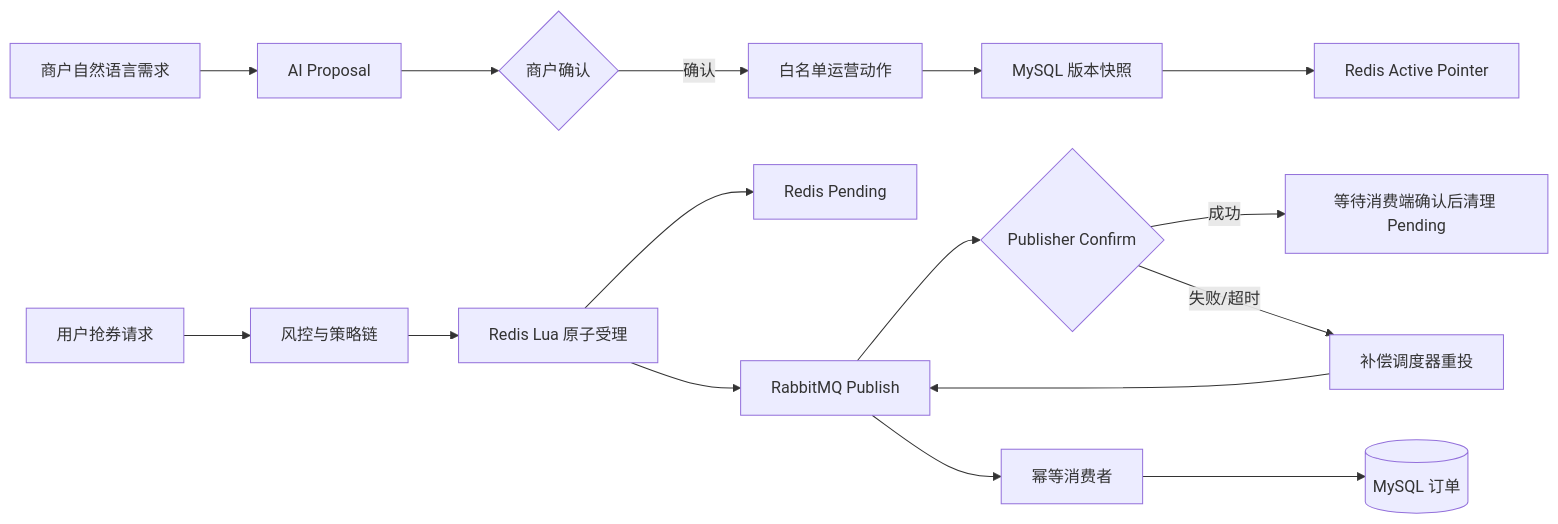
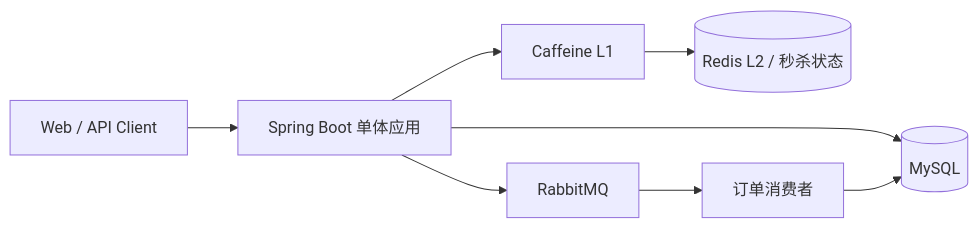
One commit to jack4code1/XG2JD changed the first of 2 diagrams in README.md. Above: the diagram before and after it, drawn with Mermaid. The commit also changed other lines of this file and 626 other files, not shown here.

Commit message:
feat: complete core flows and project documentation

````diff
--- a/README.md
+++ b/README.md
@@ -38,19 +29,10 @@
 ```mermaid
 flowchart LR
-    A[商户自然语言需求] --> B[AI Proposal]
-    B --> C{商户确认}
-    C -->|确认| D[白名单运营动作]
-    D --> E[MySQL 版本快照]
-    E --> F[Redis Active Pointer]
-
-    U[用户抢券请求] --> R[风控与策略链]
-    R --> L[Redis Lua 原子受理]
-    L --> P[Redis Pending]
-    L --> M[RabbitMQ Publish]
-    M --> Q{Publisher Confirm}
-    Q -->|成功| K[等待消费端确认后清理 Pending]
-    Q -->|失败/超时| S[补偿调度器重投]
-    S --> M
-    M --> O[幂等消费者]
-    O --> DB[(MySQL 订单)]
+    Client[Web / API Client] --> App[Spring Boot 单体应用]
+    App --> MySQL[(MySQL)]
+    App --> L1[Caffeine L1]
+    L1 --> Redis[(Redis L2 / 秒杀状态)]
+    App --> MQ[RabbitMQ]
+    MQ --> Consumer[订单消费者]
+    Consumer --> MySQL
 ```
````
